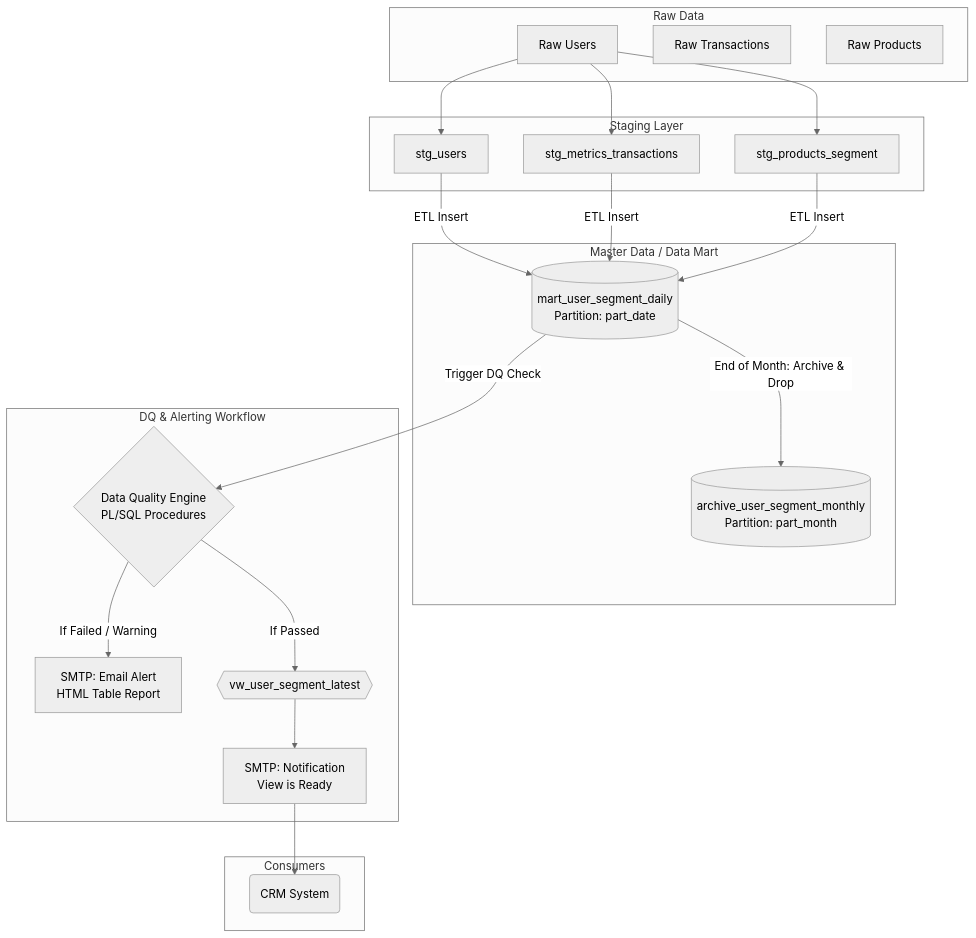
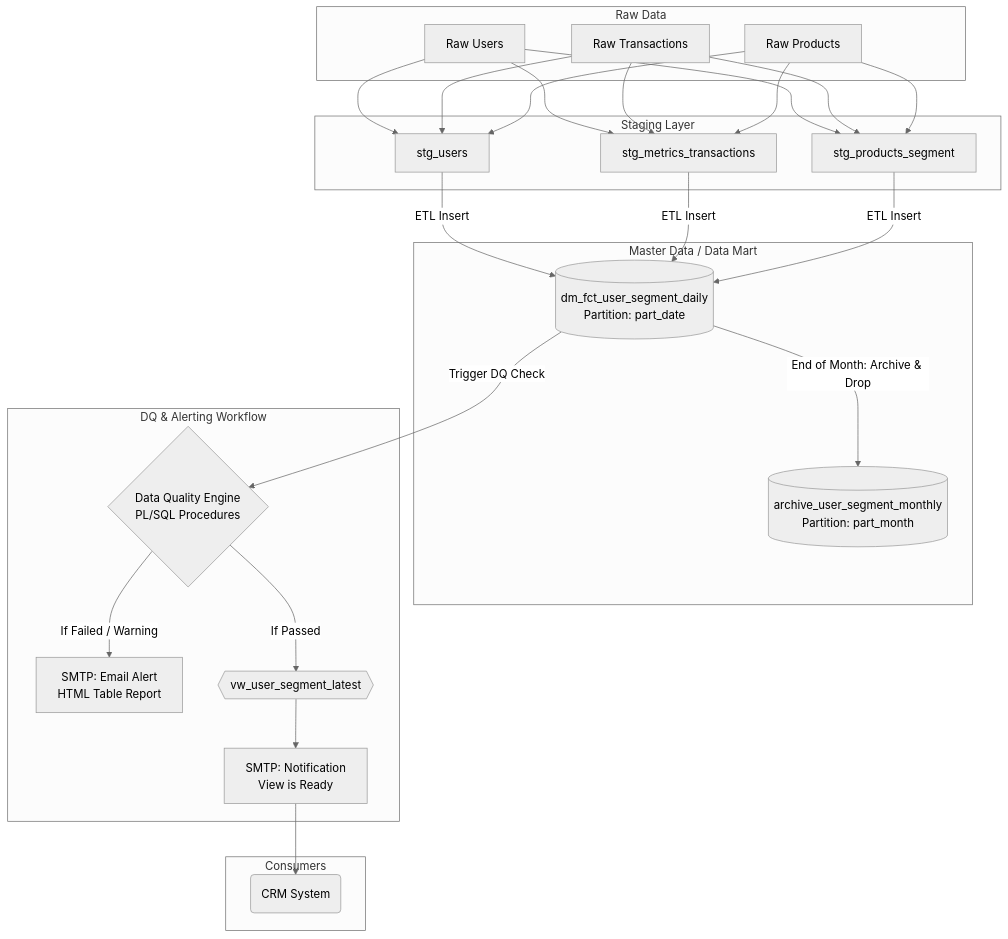
The diagram in datamart.md (Pham-Ngoc-Huy/monee-shopeepay-entrancetest), drawn with Mermaid (neutral theme) before and after one commit. The commit also changed other lines of this file and 10 other files, not shown here.

````diff
--- a/datamart.md
+++ b/datamart.md
@@ -5,42 +5,46 @@
 ```mermaid
 graph TD
     subgraph Raw Data
         R1[Raw Users]
         R2[Raw Transactions]
         R3[Raw Products]
     end
 
     subgraph Staging Layer
         S1[stg_users]
         S2[stg_metrics_transactions]
         S3[stg_products_segment]
     end
 
     subgraph Master Data / Data Mart
-        M1[(mart_user_segment_daily<br/>Partition: part_date)]
+        M1[(dm_fct_user_segment_daily<br/>Partition: part_date)]
         A1[(archive_user_segment_monthly<br/>Partition: part_month)]
     end
     
     subgraph DQ & Alerting Workflow
         DQ{Data Quality Engine<br/>PL/SQL Procedures}
         MAIL1[SMTP: Email Alert<br/>HTML Table Report]
         MAIL2[SMTP: Notification<br/>View is Ready]
         V1{{vw_user_segment_latest}}
     end
 
     subgraph Consumers
         C1(CRM System)
     end
 
     R1 --> S1 & S2 & S3
+    R2 --> S1 & S2 & S3
+    R3 --> S1 & S2 & S3
+
     S1 & S2 & S3 -- "ETL Insert" --> M1
     M1 -- "Trigger DQ Check" --> DQ
     
     DQ -- "If Failed / Warning" --> MAIL1
     DQ -- "If Passed" --> V1
     V1 --> MAIL2
     MAIL2 --> C1
     
     M1 -- "End of Month: Archive & Drop" --> A1
 
+
 ```
````
